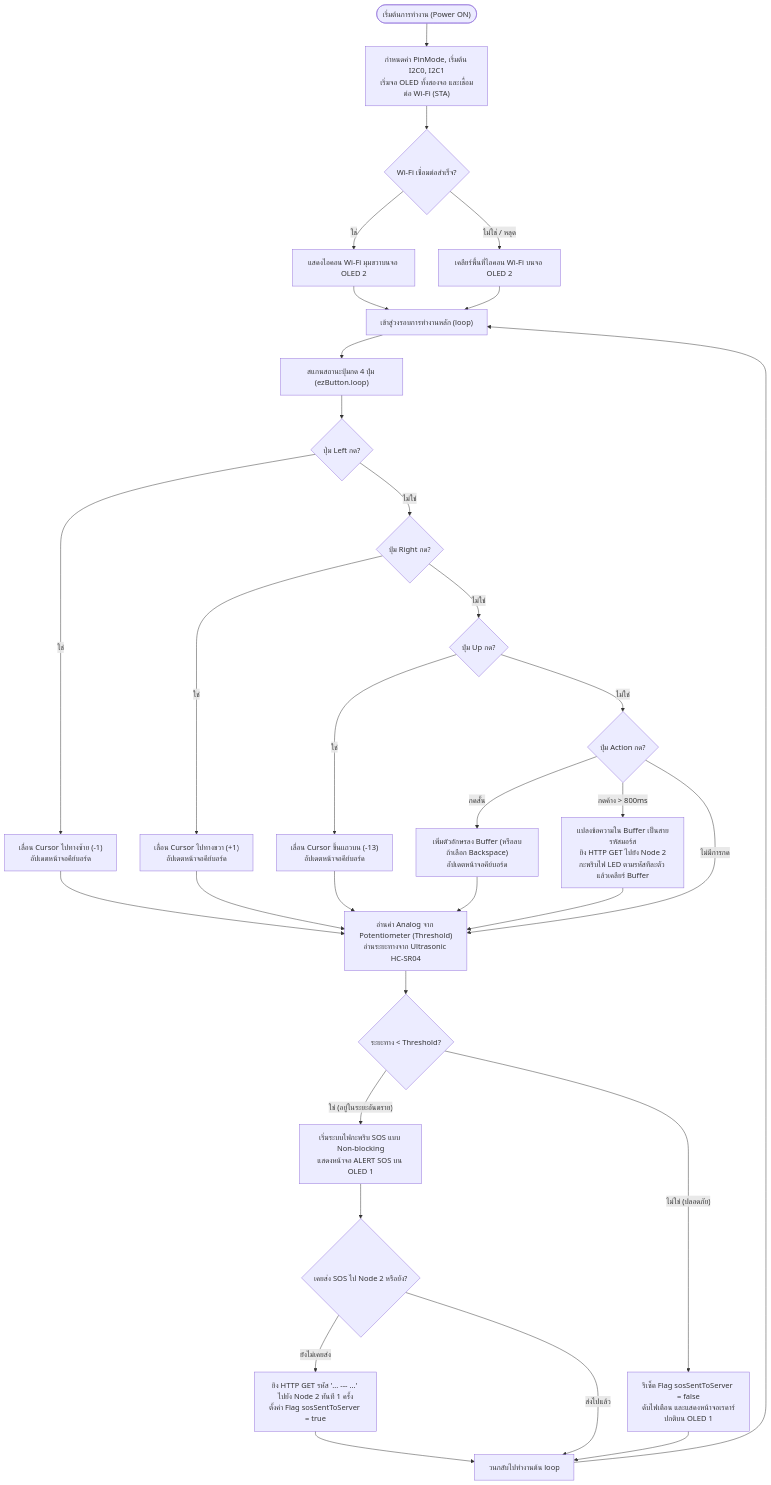
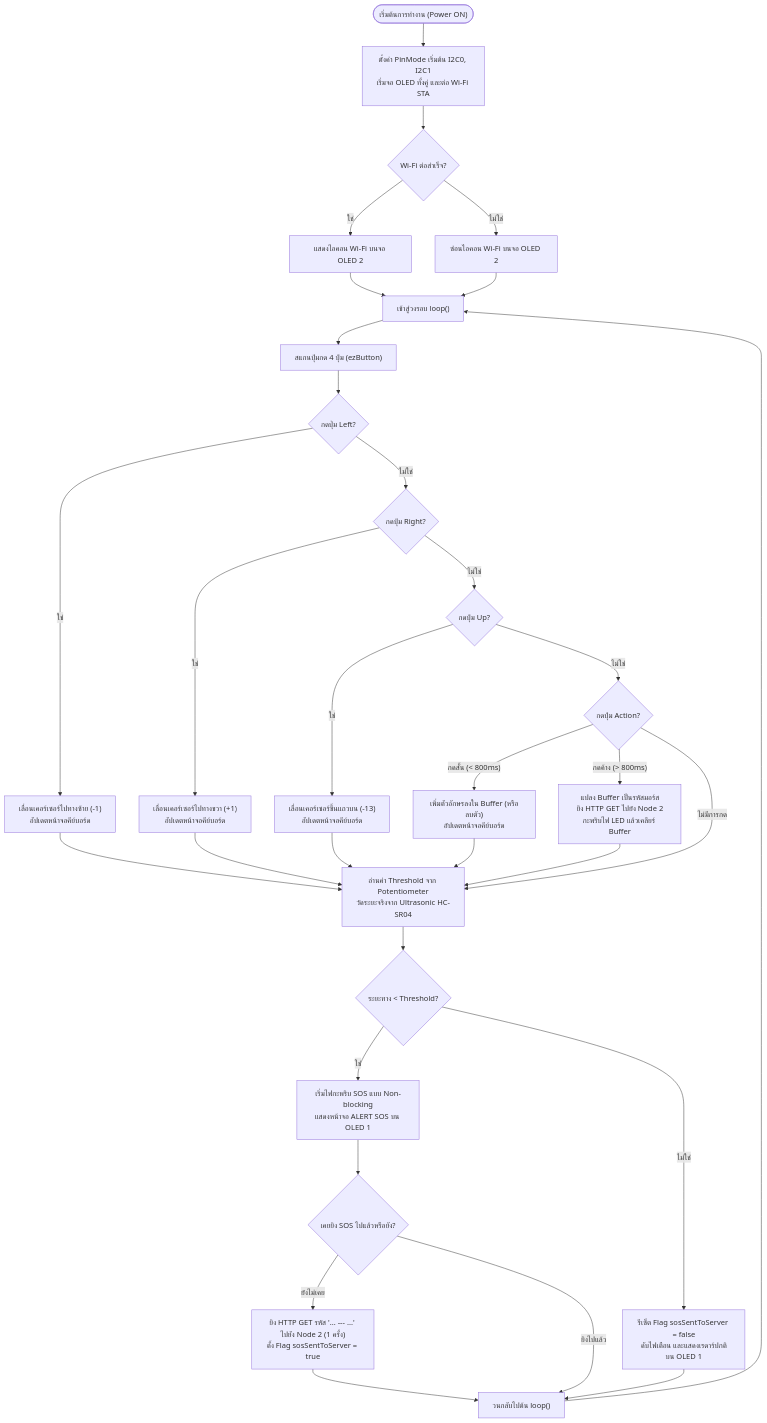
One commit to Alongtis/Intrusion-Alert-System changed the second of 3 diagrams in README.md. Above: the diagram before and after it, drawn with Mermaid. The commit also changed other lines of this file, not shown here.

Commit message:
Fix formatting and update flowchart descriptions

````diff
--- a/README.md
+++ b/README.md
@@ -53,39 +58,39 @@
 ```mermaid
 flowchart TD
-    Start1(["เริ่มต้นการทำงาน (Power ON)"]) --> Setup1["กำหนดค่า PinMode, เริ่มต้น I2C0, I2C1<br/>เริ่มจอ OLED ทั้งสองจอ และเชื่อมต่อ Wi-Fi (STA)"]
-    Setup1 --> CheckWiFi{"Wi-Fi เชื่อมต่อสำเร็จ?"}
-    CheckWiFi -- ใช่ --> IconOn["แสดงไอคอน Wi-Fi มุมขวาบนจอ OLED 2"]
-    CheckWiFi -- ไม่ใช่ / หลุด --> IconOff["เคลียร์พื้นที่ไอคอน Wi-Fi บนจอ OLED 2"]
+    Start1(["เริ่มต้นการทำงาน (Power ON)"]) --> Setup1["ตั้งค่า PinMode เริ่มต้น I2C0, I2C1\nเริ่มจอ OLED ทั้งคู่ และต่อ Wi-Fi STA"]
+    Setup1 --> CheckWiFi{"Wi-Fi ต่อสำเร็จ?"}
+    CheckWiFi -- ใช่ --> IconOn["แสดงไอคอน Wi-Fi บนจอ OLED 2"]
+    CheckWiFi -- ไม่ใช่ --> IconOff["ซ่อนไอคอน Wi-Fi บนจอ OLED 2"]
     
-    IconOn --> LoopStart1["เข้าสู่วงรอบการทำงานหลัก (loop)"]
+    IconOn --> LoopStart1["เข้าสู่วงรอบ loop()"]
     IconOff --> LoopStart1
 
-    %% ส่วนการจัดการปุ่มกด
-    LoopStart1 --> ReadButtons["สแกนสถานะปุ่มกด 4 ปุ่ม (ezButton.loop)"]
-    ReadButtons --> CheckLeft{"ปุ่ม Left กด?"}
-    CheckLeft -- ใช่ --> MoveLeft["เลื่อน Cursor ไปทางซ้าย (-1)<br/>อัปเดตหน้าจอคีย์บอร์ด"] --> ReadRadar
-    CheckLeft -- ไม่ใช่ --> CheckRight{"ปุ่ม Right กด?"}
+    %% สแกนปุ่มกด
+    LoopStart1 --> ReadButtons["สแกนปุ่มกด 4 ปุ่ม (ezButton)"]
+    ReadButtons --> CheckLeft{"กดปุ่ม Left?"}
+    CheckLeft -- ใช่ --> MoveLeft["เลื่อนเคอร์เซอร์ไปทางซ้าย (-1)\nอัปเดตหน้าจอคีย์บอร์ด"] --> ReadRadar
+    CheckLeft -- ไม่ใช่ --> CheckRight{"กดปุ่ม Right?"}
     
-    CheckRight -- ใช่ --> MoveRight["เลื่อน Cursor ไปทางขวา (+1)<br/>อัปเดตหน้าจอคีย์บอร์ด"] --> ReadRadar
-    CheckRight -- ไม่ใช่ --> CheckUp{"ปุ่ม Up กด?"}
+    CheckRight -- ใช่ --> MoveRight["เลื่อนเคอร์เซอร์ไปทางขวา (+1)\nอัปเดตหน้าจอคีย์บอร์ด"] --> ReadRadar
+    CheckRight -- ไม่ใช่ --> CheckUp{"กดปุ่ม Up?"}
     
-    CheckUp -- ใช่ --> MoveUp["เลื่อน Cursor ขึ้นแถวบน (-13)<br/>อัปเดตหน้าจอคีย์บอร์ด"] --> ReadRadar
-    CheckUp -- ไม่ใช่ --> CheckAction{"ปุ่ม Action กด?"}
+    CheckUp -- ใช่ --> MoveUp["เลื่อนเคอร์เซอร์ขึ้นแถวบน (-13)\nอัปเดตหน้าจอคีย์บอร์ด"] --> ReadRadar
+    CheckUp -- ไม่ใช่ --> CheckAction{"กดปุ่ม Action?"}
 
-    CheckAction -- กดสั้น --> AppendChar["เพิ่มตัวอักษรลง Buffer (หรือลบถ้าเลือก Backspace)<br/>อัปเดตหน้าจอคีย์บอร์ด"] --> ReadRadar
-    CheckAction -- กดค้าง > 800ms --> SendMsg["แปลงข้อความใน Buffer เป็นสายรหัสมอร์ส<br/>ยิง HTTP GET ไปยัง Node 2<br/>กะพริบไฟ LED ตามรหัสทีละตัว แล้วเคลียร์ Buffer"] --> ReadRadar
+    CheckAction -- "กดสั้น (< 800ms)" --> AppendChar["เพิ่มตัวอักษรลงใน Buffer (หรือลบตัว)\nอัปเดตหน้าจอคีย์บอร์ด"] --> ReadRadar
+    CheckAction -- "กดค้าง (> 800ms)" --> SendMsg["แปลง Buffer เป็นรหัสมอร์ส\nยิง HTTP GET ไปยัง Node 2\nกะพริบไฟ LED แล้วเคลียร์ Buffer"] --> ReadRadar
     CheckAction -- ไม่มีการกด --> ReadRadar
 
-    %% ส่วนเรดาร์และเตือนภัย SOS
-    ReadRadar["อ่านค่า Analog จาก Potentiometer (Threshold)<br/>อ่านระยะทางจาก Ultrasonic HC-SR04"]
+    %% ตรวจวัดระยะ
+    ReadRadar["อ่านค่า Threshold จาก Potentiometer\nวัดระยะจริงจาก Ultrasonic HC-SR04"]
     ReadRadar --> CheckDistance{"ระยะทาง < Threshold?"}
     
-    CheckDistance -- ใช่ (อยู่ในระยะอันตราย) --> TriggerSOS["เริ่มระบบไฟกะพริบ SOS แบบ Non-blocking<br/>แสดงหน้าจอ ALERT SOS บน OLED 1"]
-    TriggerSOS --> CheckSent{"เคยส่ง SOS ไป Node 2 หรือยัง?"}
-    CheckSent -- ยังไม่เคยส่ง --> SendSOSHTTP["ยิง HTTP GET รหัส '... --- ...' ไปยัง Node 2 ทันที 1 ครั้ง<br/>ตั้งค่า Flag sosSentToServer = true"] --> LoopEnd1
-    CheckSent -- ส่งไปแล้ว --> LoopEnd1
+    CheckDistance -- ใช่ --> TriggerSOS["เริ่มไฟกะพริบ SOS แบบ Non-blocking\nแสดงหน้าจอ ALERT SOS บน OLED 1"]
+    TriggerSOS --> CheckSent{"เคยยิง SOS ไปแล้วหรือยัง?"}
+    CheckSent -- ยังไม่เคย --> SendSOSHTTP["ยิง HTTP GET รหัส '... --- ...' ไปยัง Node 2 (1 ครั้ง)\nตั้ง Flag sosSentToServer = true"] --> LoopEnd1
+    CheckSent -- ยิงไปแล้ว --> LoopEnd1
     
-    CheckDistance -- ไม่ใช่ (ปลอดภัย) --> ResetSOS["รีเซ็ต Flag sosSentToServer = false<br/>ดับไฟเตือน และแสดงหน้าจอเรดาร์ปกติบน OLED 1"] --> LoopEnd1
+    CheckDistance -- ไม่ใช่ --> ResetSOS["รีเซ็ต Flag sosSentToServer = false\nดับไฟเตือน และแสดงเรดาร์ปกติบน OLED 1"] --> LoopEnd1
 
-    LoopEnd1["วนกลับไปทำงานต้น loop"] --> LoopStart1
+    LoopEnd1["วนกลับไปต้น loop()"] --> LoopStart1
 ```
````
